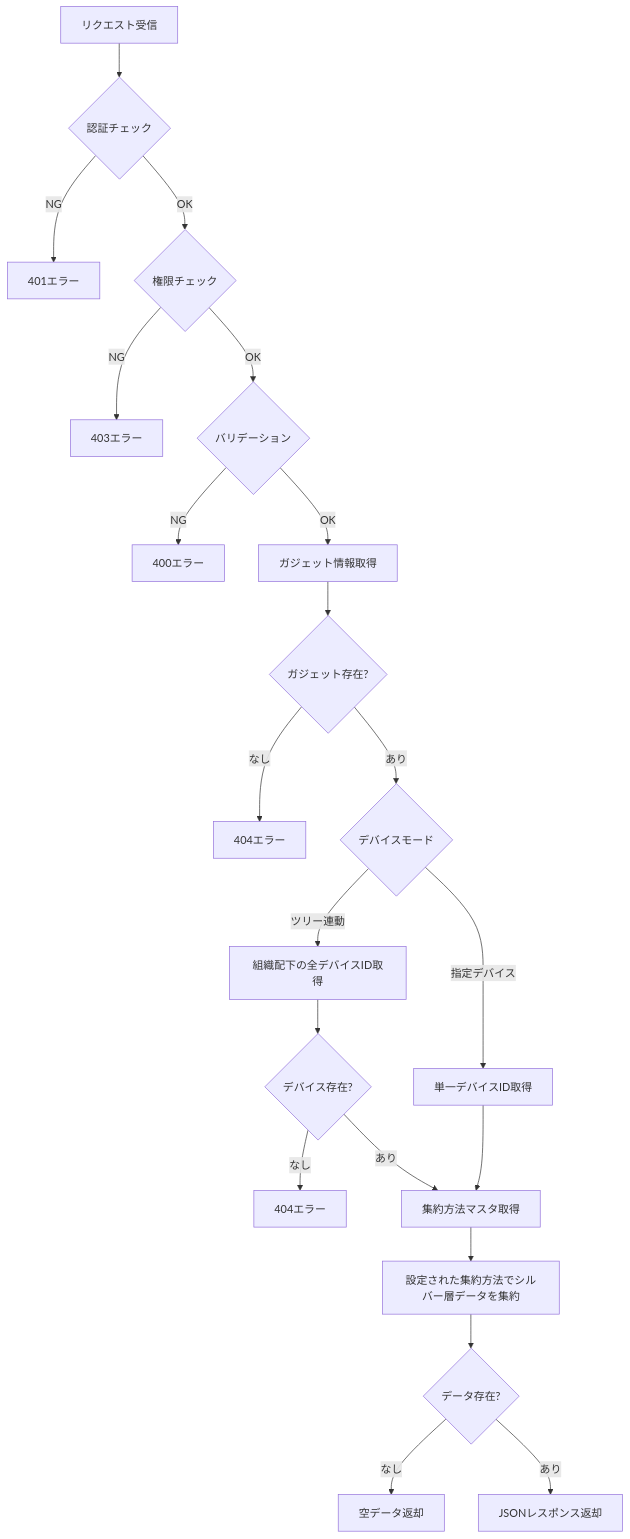
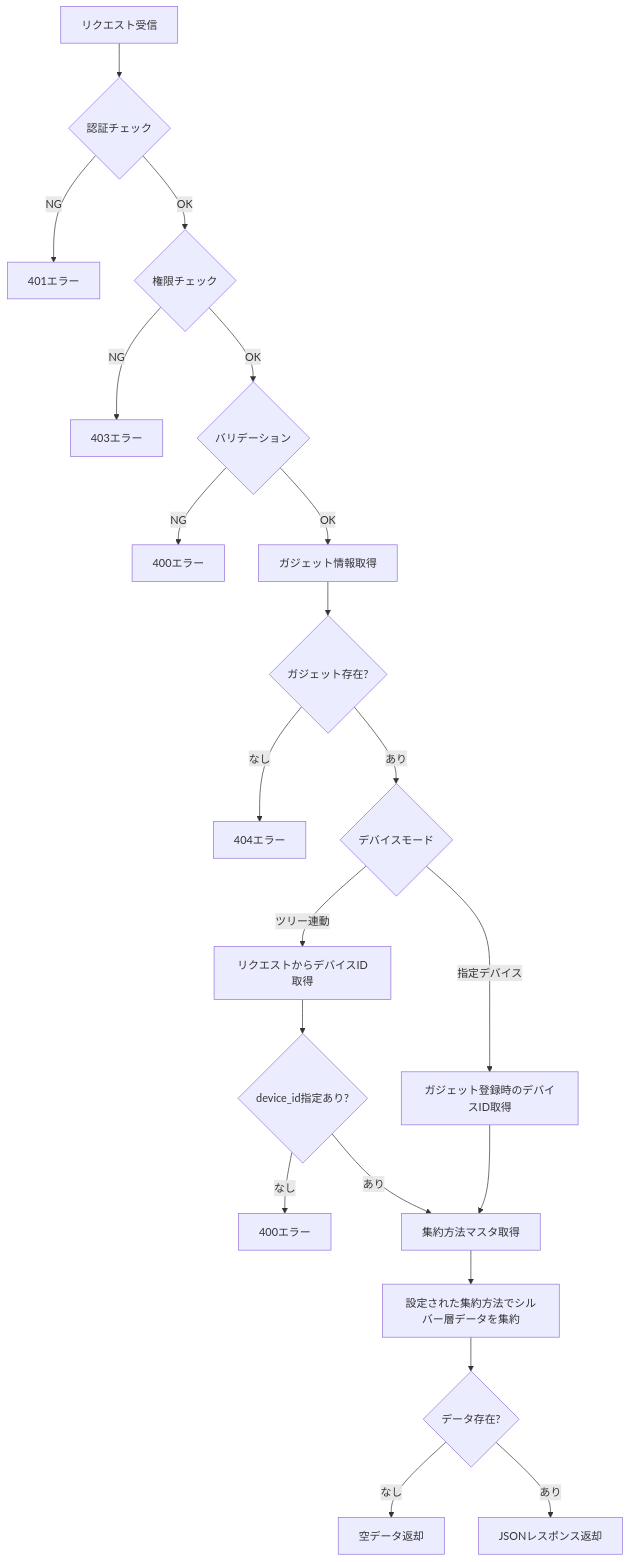
The third of 5 diagrams in docs/03-features/flask-app/dashboard-circle/workflow-specification.md (NSW-SVCP-AIWG002/Databricks-IoT), drawn with Mermaid before and after one commit. The commit also changed other lines of this file and 1 other file, not shown here.

````diff
--- a/docs/03-features/flask-app/dashboard-circle/workflow-specification.md
+++ b/docs/03-features/flask-app/dashboard-circle/workflow-specification.md
@@ -426,23 +424,23 @@
 ```mermaid
 flowchart TD
     A[リクエスト受信] --> B{認証チェック}
     B -->|NG| C[401エラー]
     B -->|OK| D{権限チェック}
     D -->|NG| E[403エラー]
     D -->|OK| F{バリデーション}
     F -->|NG| G[400エラー]
     F -->|OK| H[ガジェット情報取得]
     H --> I{ガジェット存在?}
     I -->|なし| J[404エラー]
     I -->|あり| K{デバイスモード}
-    K -->|指定デバイス| L[単一デバイスID取得]
-    K -->|ツリー連動| M[組織配下の全デバイスID取得]
-    M --> N{デバイス存在?}
-    N -->|なし| O[404エラー]
+    K -->|指定デバイス| L[ガジェット登録時のデバイスID取得]
+    K -->|ツリー連動| M[リクエストからデバイスID取得]
+    M --> N{device_id指定あり?}
+    N -->|なし| O[400エラー]
     N -->|あり| P[集約方法マスタ取得]
     L --> P
     P --> Q[設定された集約方法でシルバー層データを集約]
     Q --> R{データ存在?}
     R -->|なし| S[空データ返却]
     R -->|あり| T[JSONレスポンス返却]
 ```
````
